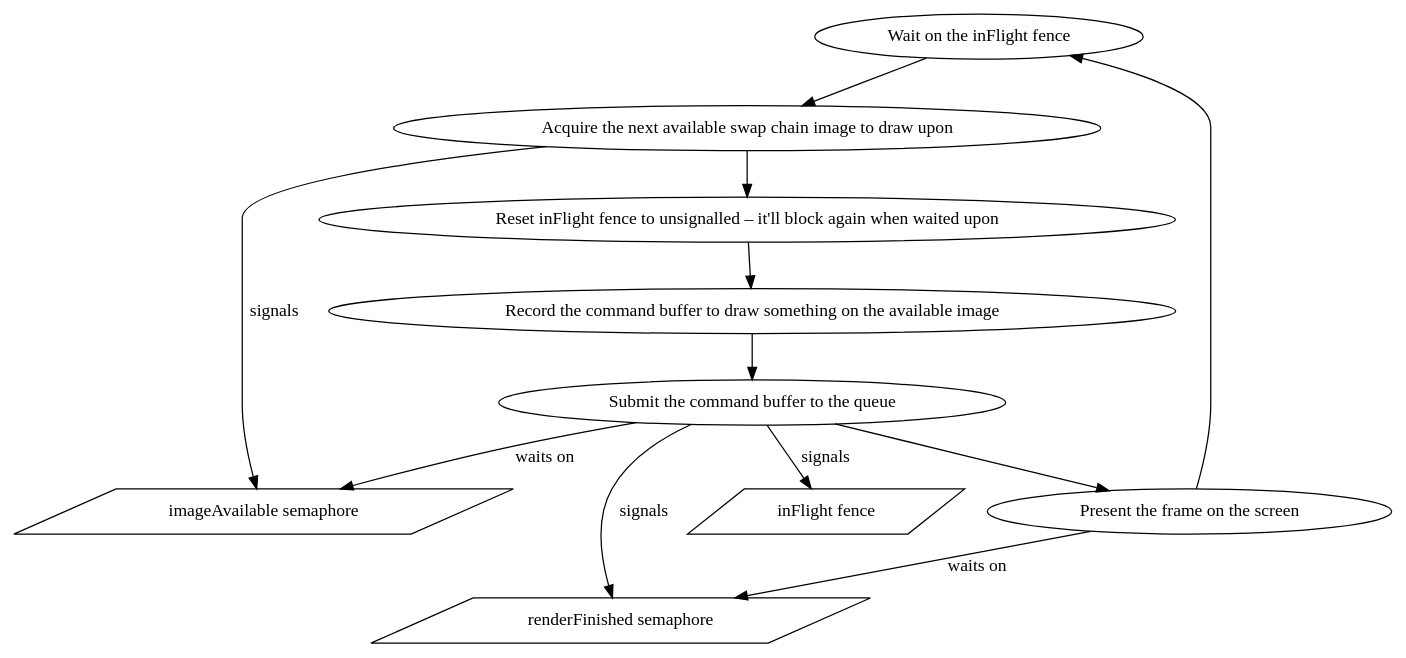
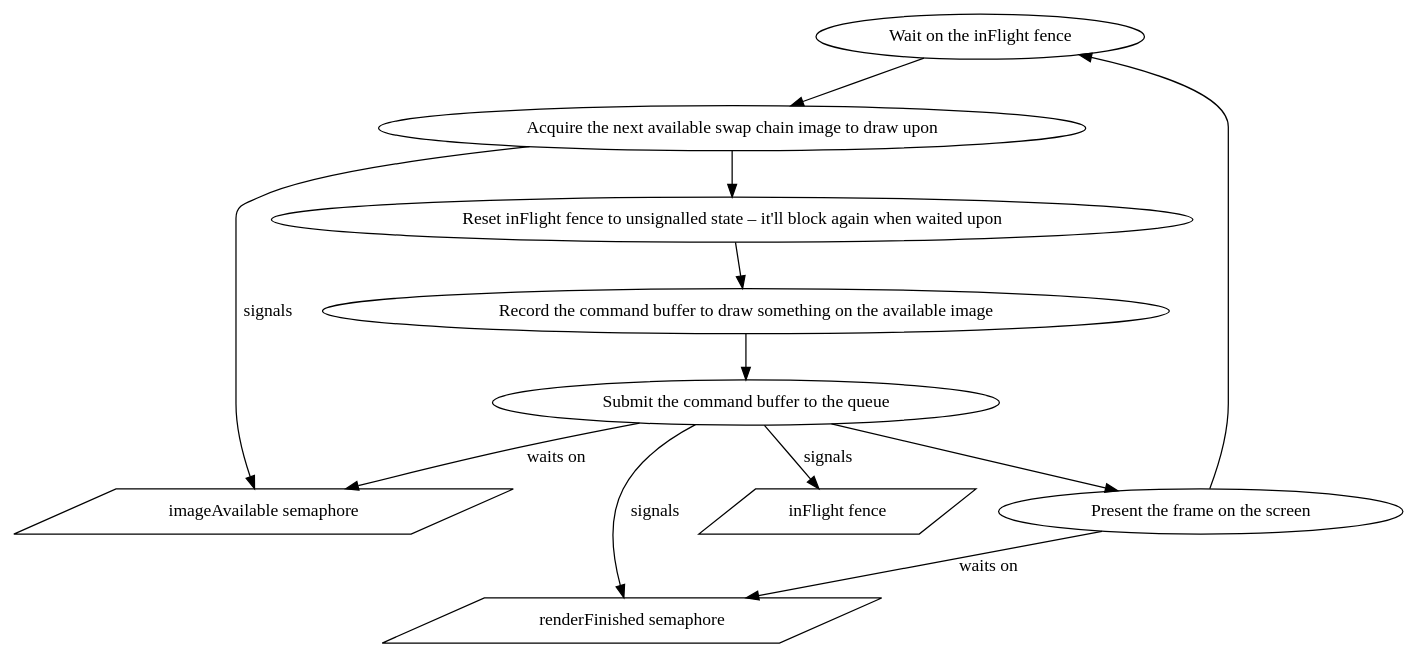
Before and after one commit to anatoliykmetyuk/anatoliykmetyuk.github.io: the second of 2 diagrams in posts/2022-06-24-first-triangle.md, drawn with Graphviz.

Commit message:
Typo fix

````diff
--- a/posts/2022-06-24-first-triangle.md
+++ b/posts/2022-06-24-first-triangle.md
@@ -45,21 +45,21 @@
 ```dot
 digraph G {
   "Wait on the inFlight fence" ->
   "Acquire the next available swap chain image to draw upon" ->
-  "Reset inFlight fence to unsignalled – it'll block again when waited upon" ->
+  "Reset inFlight fence to unsignalled state – it'll block again when waited upon" ->
   "Record the command buffer to draw something on the available image" ->
   "Submit the command buffer to the queue" ->
   "Present the frame on the screen" -> "Wait on the inFlight fence"
 
 
   "Acquire the next available swap chain image to draw upon" -> "imageAvailable semaphore" [ label = "signals" ]
   "Submit the command buffer to the queue" -> "imageAvailable semaphore" [ label = "waits on" ]
   "Submit the command buffer to the queue" -> "renderFinished semaphore" [ label = "signals" ]
   "Submit the command buffer to the queue" -> "inFlight fence" [ label = "signals" ]
   "Present the frame on the screen" -> "renderFinished semaphore" [ label = "waits on" ]
 
   "imageAvailable semaphore" [ shape=parallelogram ]
   "inFlight fence" [ shape=parallelogram ]
   "renderFinished semaphore" [ shape=parallelogram ]
 }
 ```
````
